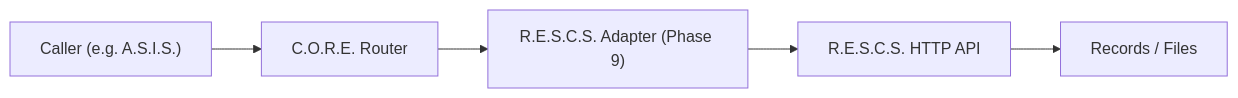
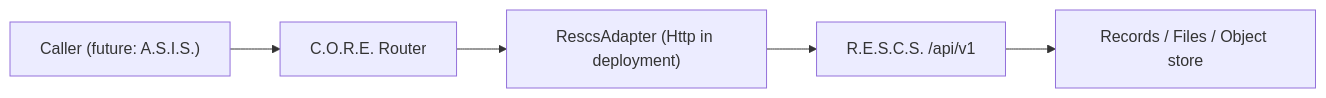
The diagram in interfaces/integration-contracts.md (Kishir298/RISARMS-DOCS), drawn with Mermaid before and after one commit. The commit also changed other lines of this file and 5 other files, not shown here.

First line of the commit message:
docs: reconcile rescs architecture and cross-system contracts

````diff
--- a/interfaces/integration-contracts.md
+++ b/interfaces/integration-contracts.md
@@ -32,7 +42,7 @@
 ```mermaid
 flowchart LR
-    CALLER["Caller (e.g. A.S.I.S.)"] --> CORE["C.O.R.E. Router"]
-    CORE --> ADAPTER["R.E.S.C.S. Adapter (Phase 9)"]
-    ADAPTER --> API["R.E.S.C.S. HTTP API"]
-    API --> DB["Records / Files"]
+    CALLER["Caller (future: A.S.I.S.)"] --> CORE["C.O.R.E. Router"]
+    CORE --> ADAPTER["RescsAdapter (Http in deployment)"]
+    ADAPTER --> API["R.E.S.C.S. /api/v1"]
+    API --> DB["Records / Files / Object store"]
 ```
````
